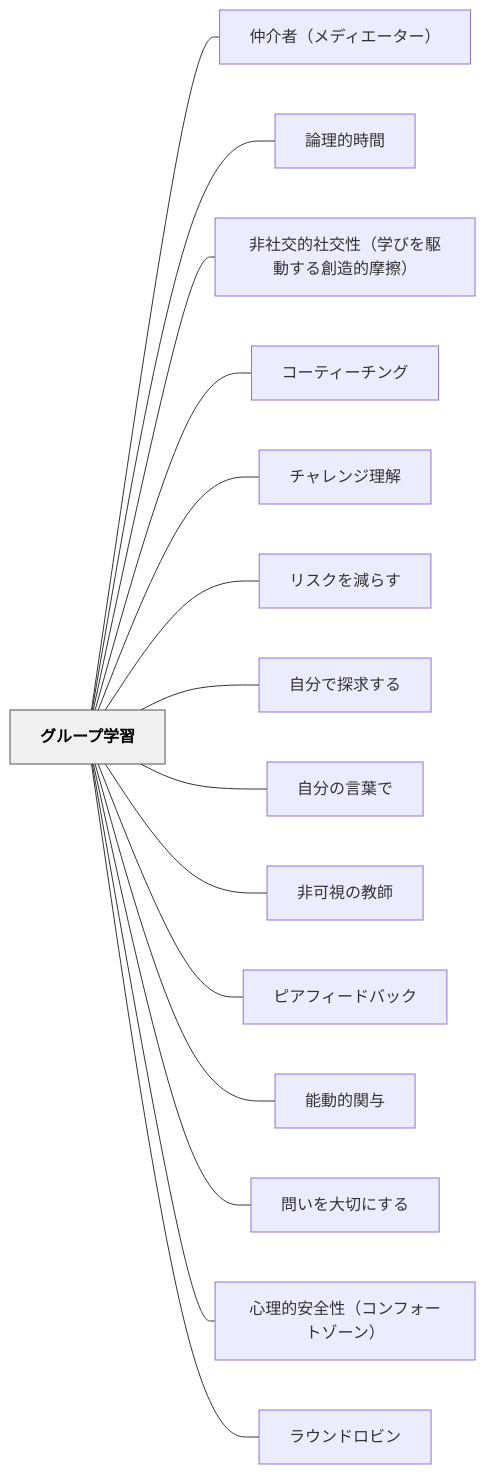
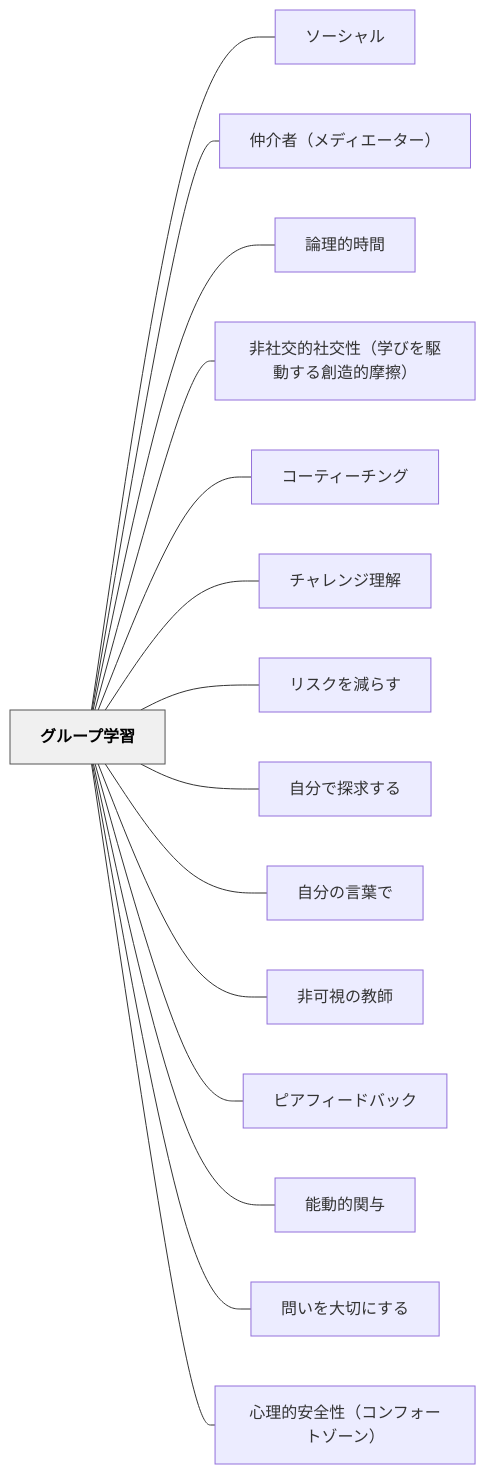
The diagram in content/パタン/グループ学習.md (unknownthings-ed-patterns/unknownthings-ed-patterns), drawn with Mermaid before and after one commit. The commit also changed other lines of this file and 13 other files, not shown here.

````diff
--- a/content/パタン/グループ学習.md
+++ b/content/パタン/グループ学習.md
@@ -155,36 +156,36 @@
 ```mermaid
 flowchart LR
     ne382b0e383abe383bce38397e5ada6e7bf92["グループ学習"]
+    ne382bde383bce382b7e383a3e383ab["ソーシャル"]
     ne4bbb2e4bb8be88085efbc88e383a1e38387e382a3e382a8e383bce382bfe383bcefbc89["仲介者（メディエーター）"]
     ne8ab96e79086e79a84e69982e99693["論理的時間"]
     ne99d9ee7a4bee4baa4e79a84e7a4bee4baa4e680a7efbc88e5ada6e381b3e38292e9a786e58b95e38199e3828be589b5e980a0e79a84e691a9e693a6efbc89["非社交的社交性（学びを駆動する創造的摩擦）"]
     ne382b3e383bce38386e382a3e383bce38381e383b3e382b0["コーティーチング"]
     ne38381e383a3e383ace383b3e382b8e79086e8a7a3["チャレンジ理解"]
     ne383aae382b9e382afe38292e6b89be38289e38199["リスクを減らす"]
     ne887aae58886e381a7e68ea2e6b182e38199e3828b["自分で探求する"]
     ne887aae58886e381aee8a880e89189e381a7["自分の言葉で"]
     ne99d9ee58fafe8a696e381aee69599e5b8ab["非可視の教師"]
     ne38394e382a2e38395e382a3e383bce38389e38390e38383e382af["ピアフィードバック"]
     ne883bde58b95e79a84e996a2e4b88e["能動的関与"]
     ne5958fe38184e38292e5a4a7e58887e381abe38199e3828b["問いを大切にする"]
     ne5bf83e79086e79a84e5ae89e585a8e680a7efbc88e382b3e383b3e38395e382a9e383bce38388e382bee383bce383b3efbc89["心理的安全性（コンフォートゾーン）"]
-    ne383a9e382a6e383b3e38389e383ade38393e383b3["ラウンドロビン"]
 
+    ne382b0e383abe383bce38397e5ada6e7bf92 --- ne382bde383bce382b7e383a3e383ab
     ne382b0e383abe383bce38397e5ada6e7bf92 --- ne4bbb2e4bb8be88085efbc88e383a1e38387e382a3e382a8e383bce382bfe383bcefbc89
     ne382b0e383abe383bce38397e5ada6e7bf92 --- ne8ab96e79086e79a84e69982e99693
     ne382b0e383abe383bce38397e5ada6e7bf92 --- ne99d9ee7a4bee4baa4e79a84e7a4bee4baa4e680a7efbc88e5ada6e381b3e38292e9a786e58b95e38199e3828be589b5e980a0e79a84e691a9e693a6efbc89
     ne382b0e383abe383bce38397e5ada6e7bf92 --- ne382b3e383bce38386e382a3e383bce38381e383b3e382b0
     ne382b0e383abe383bce38397e5ada6e7bf92 --- ne38381e383a3e383ace383b3e382b8e79086e8a7a3
     ne382b0e383abe383bce38397e5ada6e7bf92 --- ne383aae382b9e382afe38292e6b89be38289e38199
     ne382b0e383abe383bce38397e5ada6e7bf92 --- ne887aae58886e381a7e68ea2e6b182e38199e3828b
     ne382b0e383abe383bce38397e5ada6e7bf92 --- ne887aae58886e381aee8a880e89189e381a7
     ne382b0e383abe383bce38397e5ada6e7bf92 --- ne99d9ee58fafe8a696e381aee69599e5b8ab
     ne382b0e383abe383bce38397e5ada6e7bf92 --- ne38394e382a2e38395e382a3e383bce38389e38390e38383e382af
     ne382b0e383abe383bce38397e5ada6e7bf92 --- ne883bde58b95e79a84e996a2e4b88e
     ne382b0e383abe383bce38397e5ada6e7bf92 --- ne5958fe38184e38292e5a4a7e58887e381abe38199e3828b
     ne382b0e383abe383bce38397e5ada6e7bf92 --- ne5bf83e79086e79a84e5ae89e585a8e680a7efbc88e382b3e383b3e38395e382a9e383bce38388e382bee383bce383b3efbc89
-    ne382b0e383abe383bce38397e5ada6e7bf92 --- ne383a9e382a6e383b3e38389e383ade38393e383b3
 
     classDef hub fill:#f0f0f0,stroke:#555,color:#000,font-weight:bold
     class ne382b0e383abe383bce38397e5ada6e7bf92 hub
 ```
````
